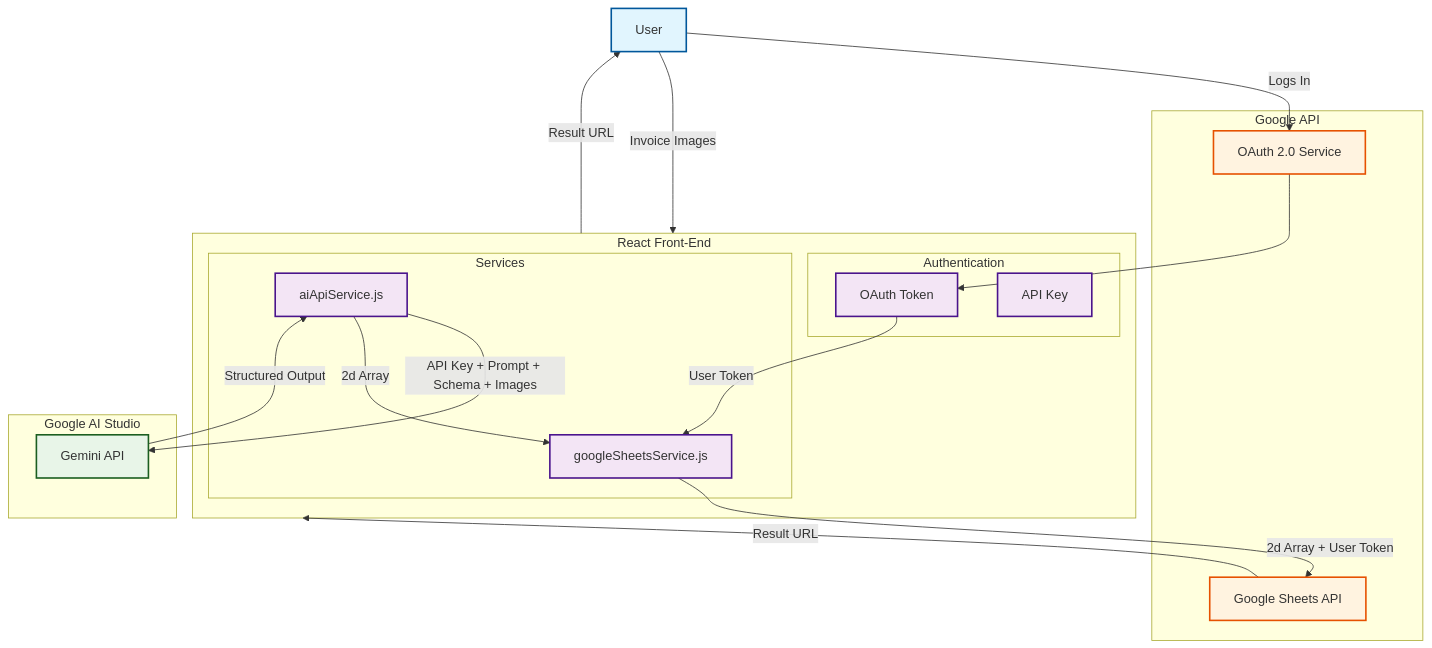
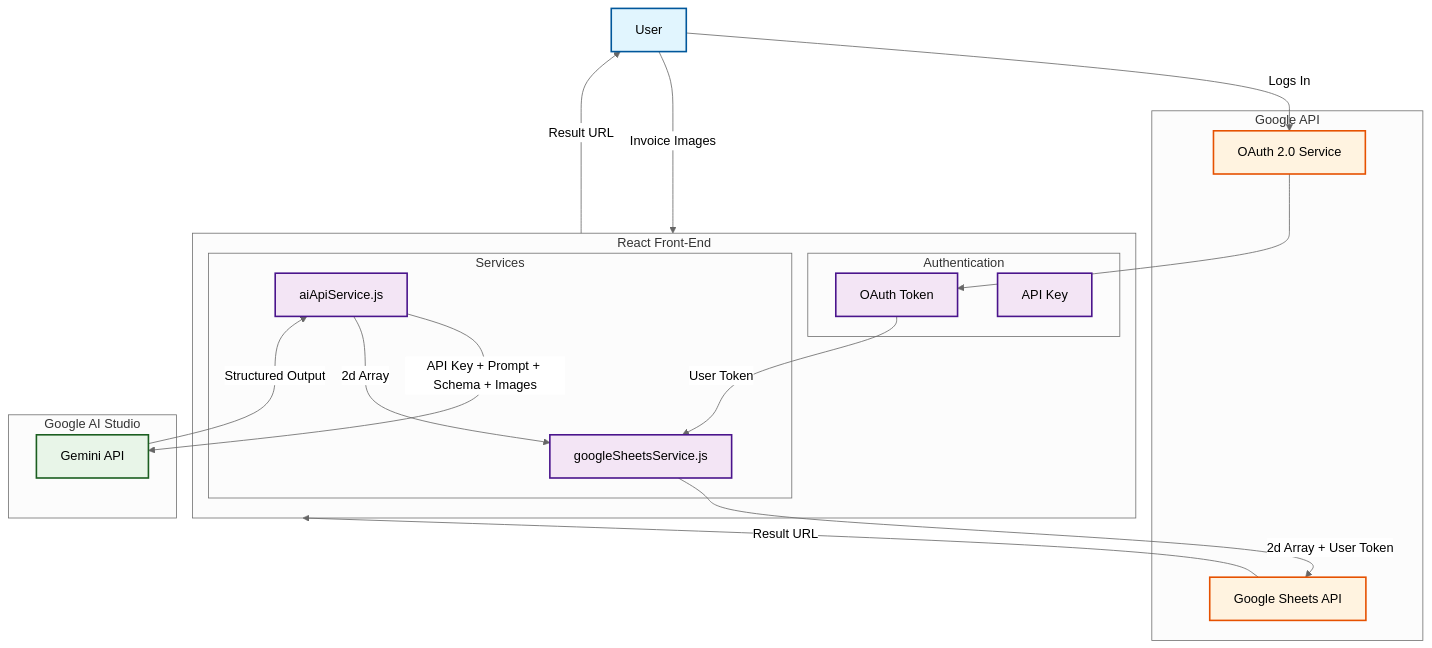
One commit to 9600bauds/remi2AI changed the diagram in README.md. Above: the diagram before and after it, drawn with Mermaid. The commit also changed other lines of this file, not shown here.

Commit message:
Fixes graph visibility in darkmode

````diff
--- a/README.md
+++ b/README.md
@@ -52,46 +51,47 @@
 ```mermaid
+%%{init: {'theme': 'neutral' }}%%
 graph TD
 	User
 	
     subgraph Frontend["React Front-End"]
 		subgraph Auth["Authentication"]
 			UserToken[OAuth Token]
 			APIKey[API Key]
 		end
 		subgraph Services
 			googleSheetsService.js
 			aiApiService.js
         end     
     end
        
     subgraph Gapi["Google API"]
         OAuth[OAuth 2.0 Service]
         SheetsAPI[Google Sheets API]
     end
 
     subgraph GoogleAI["Google AI Studio"]
         GeminiAPI[Gemini API]
     end
 
     User -->|Invoice Images| Frontend
 	User -->|Logs In| OAuth
 	OAuth --> UserToken
 	aiApiService.js -->|API Key + Prompt + Schema + Images| GeminiAPI
 	GeminiAPI -->|Structured Output| aiApiService.js
     aiApiService.js -->|2d Array| googleSheetsService.js
     googleSheetsService.js -->|2d Array + User Token| SheetsAPI
     UserToken -->|User Token| googleSheetsService.js
     SheetsAPI -->|Result URL| Frontend
     Frontend -->|Result URL| User
     
     classDef userStyle fill:#e1f5fe,stroke:#01579b,stroke-width:2px
     classDef frontendStyle fill:#f3e5f5,stroke:#4a148c,stroke-width:2px
     classDef aiStyle fill:#e8f5e8,stroke:#1b5e20,stroke-width:2px
     classDef googleStyle fill:#fff3e0,stroke:#e65100,stroke-width:2px
     classDef processStyle fill:#fce4ec,stroke:#880e4f,stroke-width:2px
     
     class User userStyle
     class aiApiService.js,googleSheetsService.js,UserToken,APIKey frontendStyle
     class GeminiAPI aiStyle
     class OAuth,SheetsAPI googleStyle
 ```
````
